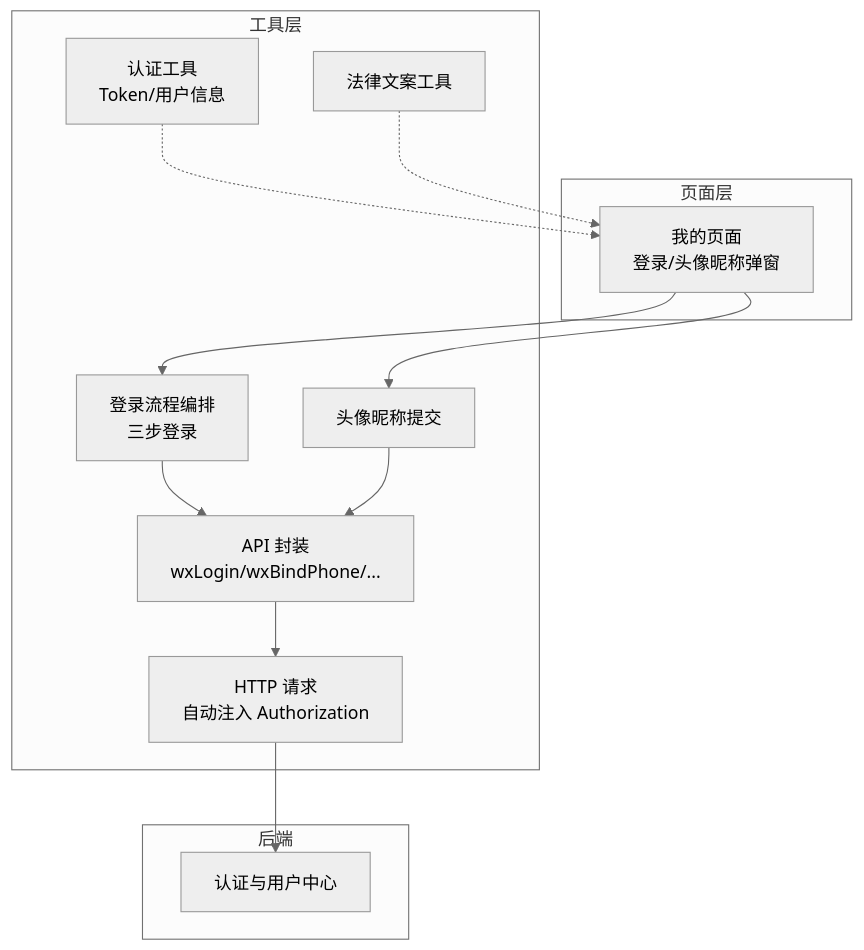
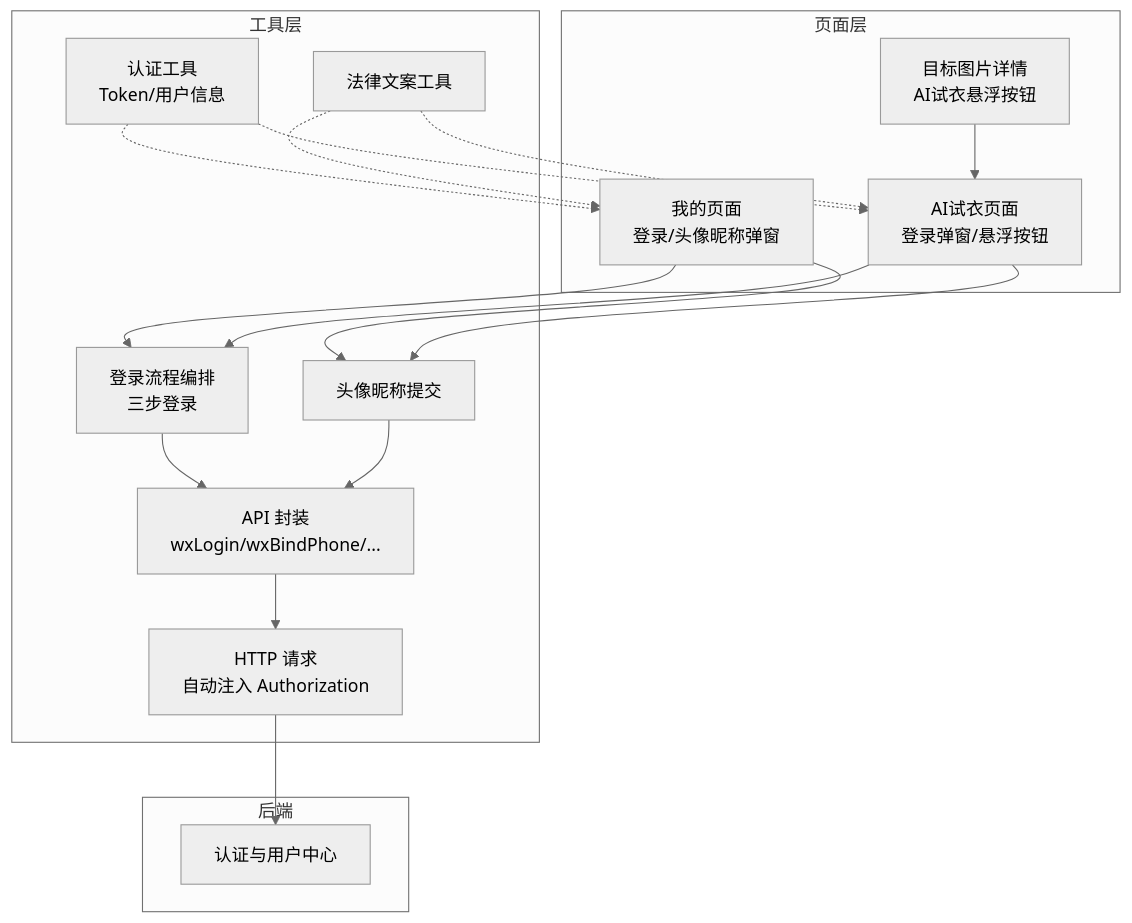
The second of 10 diagrams in .qoder/repowiki/zh/content/核心功能模块/用户认证系统.md (crazyma99/blueberry), drawn with Mermaid (neutral theme) before and after one commit. The commit also changed other lines of this file and 7 other files, not shown here.

````diff
--- a/.qoder/repowiki/zh/content/核心功能模块/用户认证系统.md
+++ b/.qoder/repowiki/zh/content/核心功能模块/用户认证系统.md
@@ -107,25 +128,32 @@
 ```mermaid
 graph TB
 subgraph "页面层"
 Mine["我的页面<br/>登录/头像昵称弹窗"]
+AiTryOn["AI试衣页面<br/>登录弹窗/悬浮按钮"]
+TargetPhoto["目标图片详情<br/>AI试衣悬浮按钮"]
 end
 subgraph "工具层"
 Auth["认证工具<br/>Token/用户信息"]
 LoginFlow["登录流程编排<br/>三步登录"]
 ProfileSubmit["头像昵称提交"]
 Api["API 封装<br/>wxLogin/wxBindPhone/..."]
 Http["HTTP 请求<br/>自动注入 Authorization"]
 Legal["法律文案工具"]
 end
 subgraph "后端"
 Backend["认证与用户中心"]
 end
 Mine --> LoginFlow
 Mine --> ProfileSubmit
+AiTryOn --> LoginFlow
+AiTryOn --> ProfileSubmit
+TargetPhoto --> AiTryOn
 LoginFlow --> Api
 ProfileSubmit --> Api
 Api --> Http
 Http --> Backend
 Auth -.-> Mine
+Auth -.-> AiTryOn
 Legal -.-> Mine
+Legal -.-> AiTryOn
 ```
````
